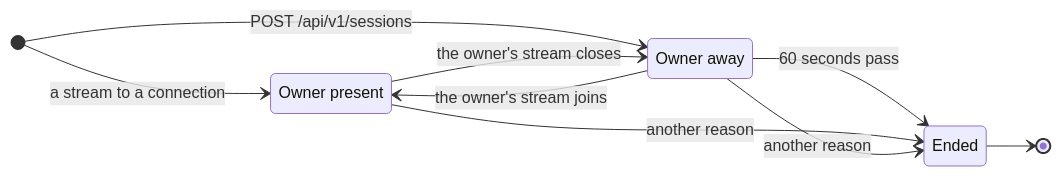
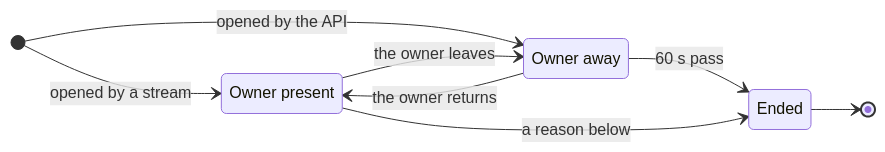
The third of 3 diagrams in docs/architecture.md (changkun/occamy), drawn with Mermaid before and after one commit. The commit also changed other lines of this file and 7 other files, not shown here.

First line of the commit message:
docs: lay the decision charts out left to right, and name the file occamy.yaml in the deploy figure

````diff
--- a/docs/architecture.md
+++ b/docs/architecture.md
@@ -132,14 +132,13 @@
 ```mermaid
 stateDiagram-v2
   direction LR
   state "Owner present" as present
   state "Owner away" as away
-  [*] --> present: a stream to a connection
-  [*] --> away: POST /api/v1/sessions
-  away --> present: the owner's stream joins
-  present --> away: the owner's stream closes
-  away --> Ended: 60 seconds pass
-  present --> Ended: another reason
-  away --> Ended: another reason
+  [*] --> present: opened by a stream
+  [*] --> away: opened by the API
+  present --> away: the owner leaves
+  away --> present: the owner returns
+  away --> Ended: 60 s pass
+  present --> Ended: a reason below
   Ended --> [*]
 ```
````
